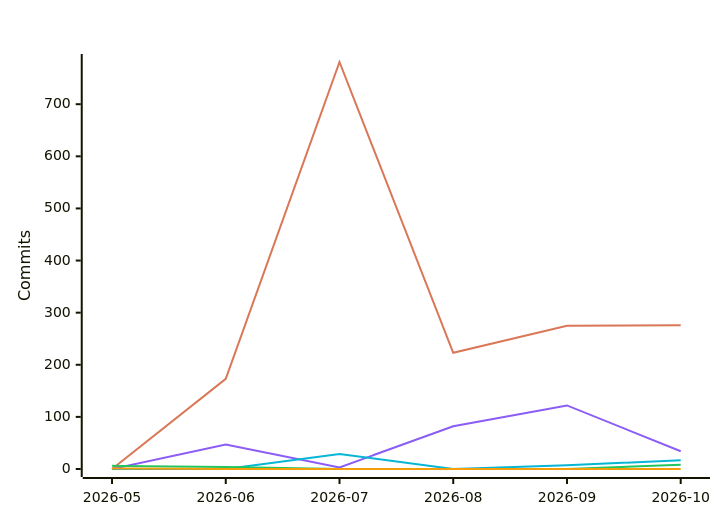
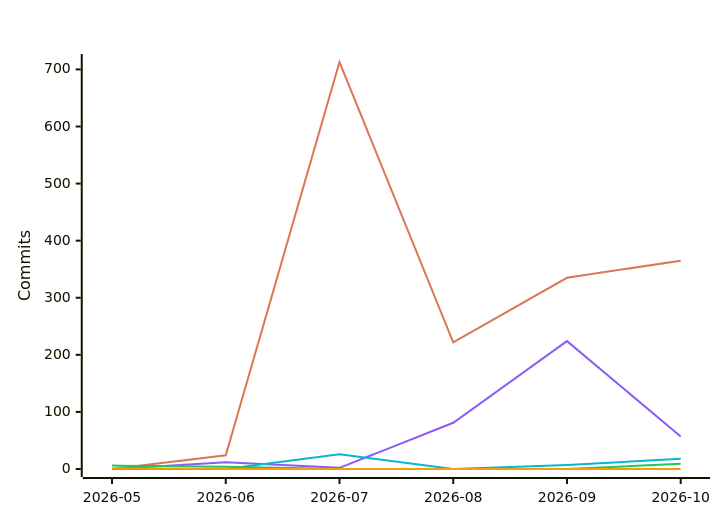
Before and after one commit to polo-nyan/polo-nyan: the fifth of 7 diagrams in README.md, drawn with Mermaid. The commit also changed other lines of this file and 1 other file, not shown here.

````diff
--- a/README.md
+++ b/README.md
@@ -313,12 +313,12 @@
 ```mermaid
 %%{init: {"xyChart": {"titleColor": "#ffffff", "xAxisLabelColor": "#ffffff", "yAxisLabelColor": "#ffffff"}, "themeVariables": {"xyChart": {"titleColor": "#ffffff", "plotColorPalette": "#d97757, #8b5cf6, #06b6d4, #22c55e, #f59e0b, #ec4899"}}}}%%
 xychart-beta
     title "Commits Per Month by Model Family"
     x-axis ["2026-05", "2026-06", "2026-07", "2026-08", "2026-09", "2026-10"]
     y-axis "Commits"
-    line [0, 173, 781, 223, 275, 276]
-    line [0, 47, 3, 82, 122, 34]
-    line [0, 0, 29, 0, 7, 17]
-    line [6, 4, 0, 0, 0, 8]
+    line [0, 24, 713, 222, 335, 365]
+    line [0, 12, 2, 81, 224, 57]
+    line [0, 0, 26, 0, 7, 18]
+    line [6, 4, 0, 0, 0, 9]
     line [1, 0, 0, 0, 0, 0]
 ```
````
